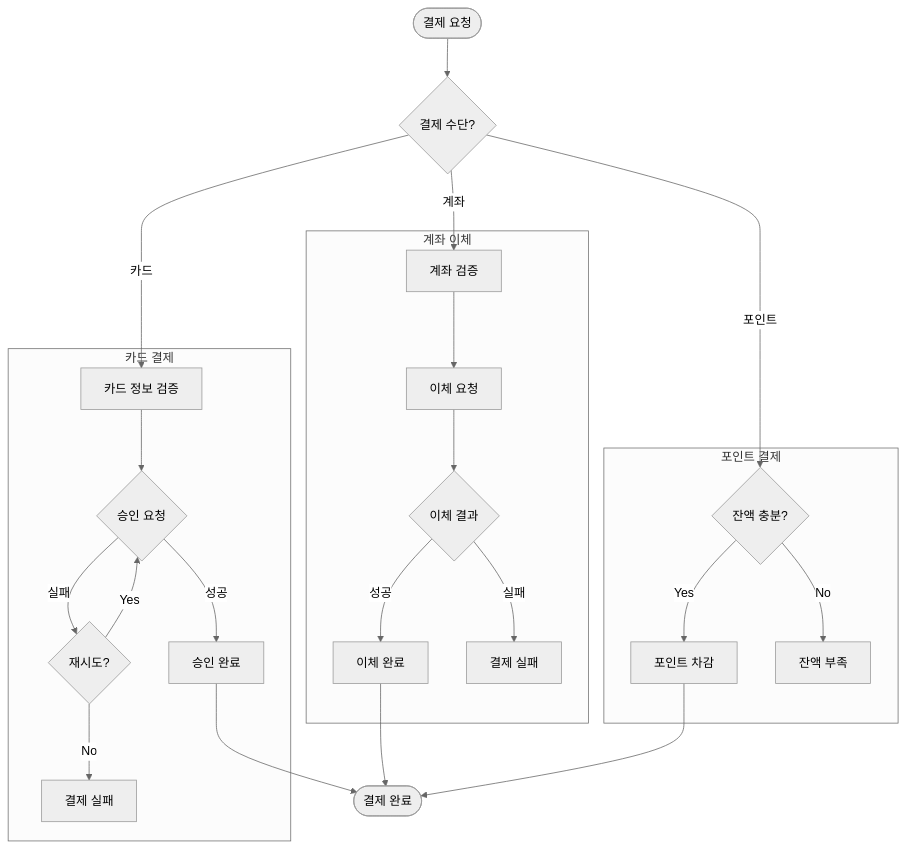
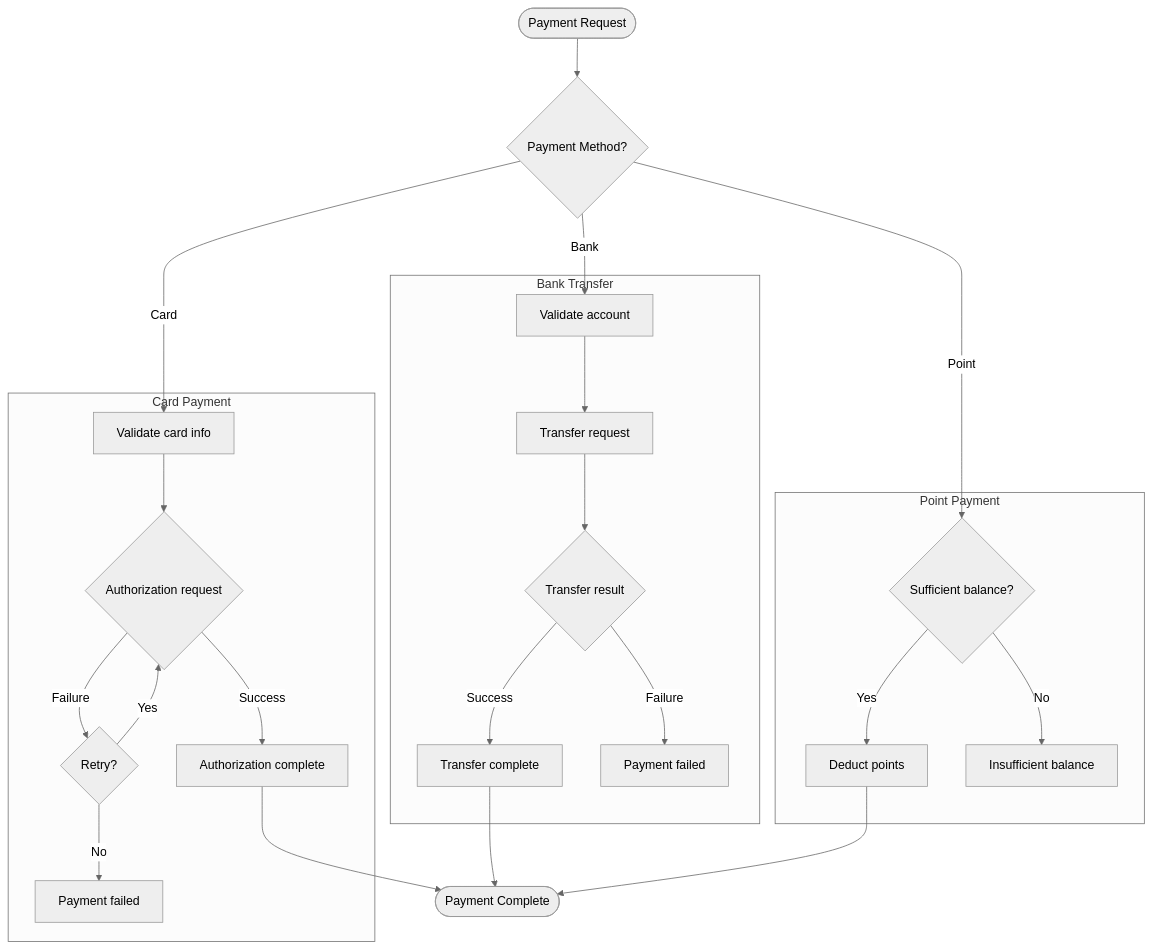
One commit to toongri/oh-my-toong-playground changed the third of 3 diagrams in skills/spec/references/diagram-selection.md. Above: the diagram before and after it, drawn with Mermaid (neutral theme). The commit also changed other lines of this file, not shown here.

Commit message:
refactor: 다이어그램 선택 가이드 영어 전환

````diff
--- a/skills/spec/references/diagram-selection.md
+++ b/skills/spec/references/diagram-selection.md
@@ -127,33 +127,33 @@
 ```mermaid
 flowchart TD
-    A([결제 요청]) --> B{결제 수단?}
+    A([Payment Request]) --> B{Payment Method?}
 
-    subgraph card [카드 결제]
-        C1[카드 정보 검증] --> C2{승인 요청}
-        C2 -->|성공| C3[승인 완료]
-        C2 -->|실패| C4{재시도?}
+    subgraph card [Card Payment]
+        C1[Validate card info] --> C2{Authorization request}
+        C2 -->|Success| C3[Authorization complete]
+        C2 -->|Failure| C4{Retry?}
         C4 -->|Yes| C2
-        C4 -->|No| ERR1[결제 실패]
+        C4 -->|No| ERR1[Payment failed]
     end
 
-    subgraph bank [계좌 이체]
-        D1[계좌 검증] --> D2[이체 요청]
-        D2 --> D3{이체 결과}
-        D3 -->|성공| D4[이체 완료]
-        D3 -->|실패| ERR2[결제 실패]
+    subgraph bank [Bank Transfer]
+        D1[Validate account] --> D2[Transfer request]
+        D2 --> D3{Transfer result}
+        D3 -->|Success| D4[Transfer complete]
+        D3 -->|Failure| ERR2[Payment failed]
     end
 
-    subgraph point [포인트 결제]
-        E1{잔액 충분?}
-        E1 -->|Yes| E2[포인트 차감]
-        E1 -->|No| ERR3[잔액 부족]
+    subgraph point [Point Payment]
+        E1{Sufficient balance?}
+        E1 -->|Yes| E2[Deduct points]
+        E1 -->|No| ERR3[Insufficient balance]
     end
 
-    B -->|카드| C1
-    B -->|계좌| D1
-    B -->|포인트| E1
+    B -->|Card| C1
+    B -->|Bank| D1
+    B -->|Point| E1
 
-    C3 --> F([결제 완료])
+    C3 --> F([Payment Complete])
     D4 --> F
     E2 --> F
 ```
````
